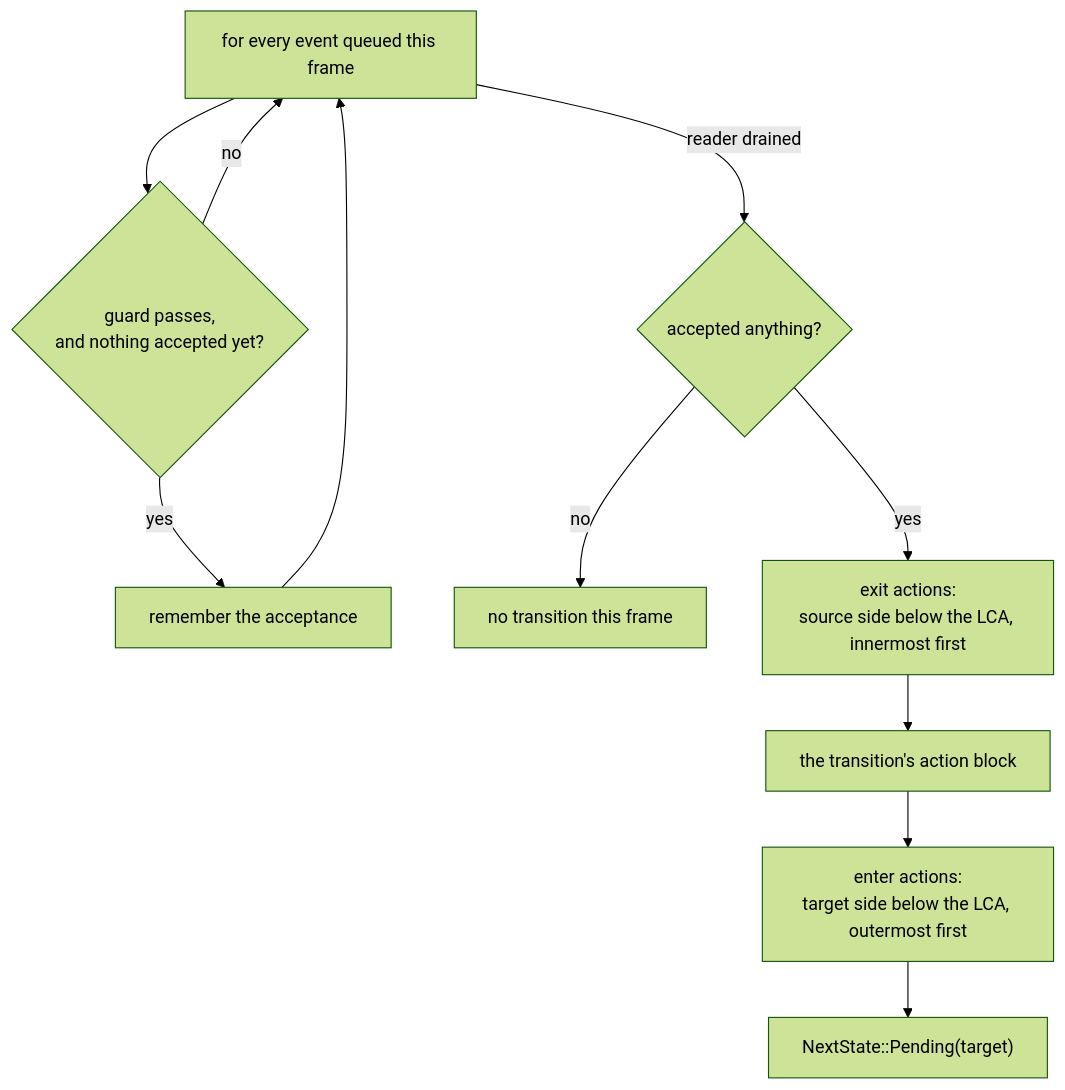
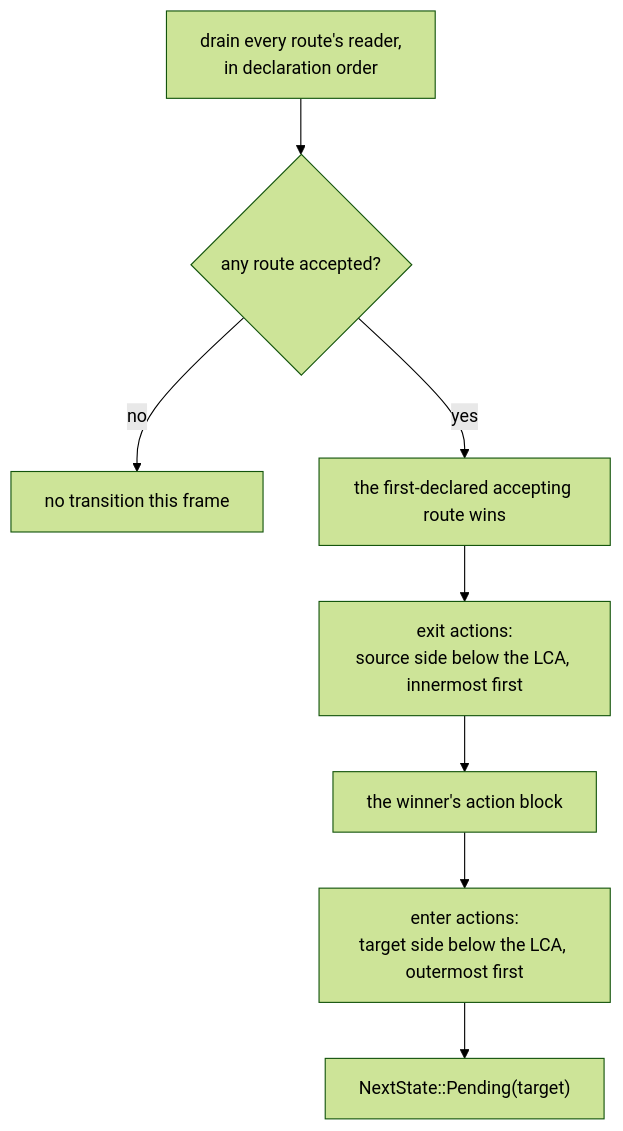
The diagram in book/src/aether/state-machines.md (bluesteelll/boyko-engine), drawn with Mermaid (forest theme) before and after one commit. The commit also changed other lines of this file and 20 other files, not shown here.

````diff
--- a/book/src/aether/state-machines.md
+++ b/book/src/aether/state-machines.md
@@ -148,13 +170,10 @@
 ```mermaid
 flowchart TD
-    S["for every event queued this frame"] --> G{"guard passes,<br/>and nothing accepted yet?"}
-    G -- no --> S
-    G -- yes --> M["remember the acceptance"]
-    M --> S
-    S -- reader drained --> F{"accepted anything?"}
-    F -- no --> Q["no transition this frame"]
-    F -- yes --> X["exit actions:<br/>source side below the LCA, innermost first"]
-    X --> A["the transition's action block"]
+    D["drain every route's reader,<br/>in declaration order"] --> R{"any route accepted?"}
+    R -- no --> Q["no transition this frame"]
+    R -- yes --> W["the first-declared accepting route wins"]
+    W --> X["exit actions:<br/>source side below the LCA, innermost first"]
+    X --> A["the winner's action block"]
     A --> N["enter actions:<br/>target side below the LCA, outermost first"]
     N --> P["NextState::Pending(target)"]
 ```
````
